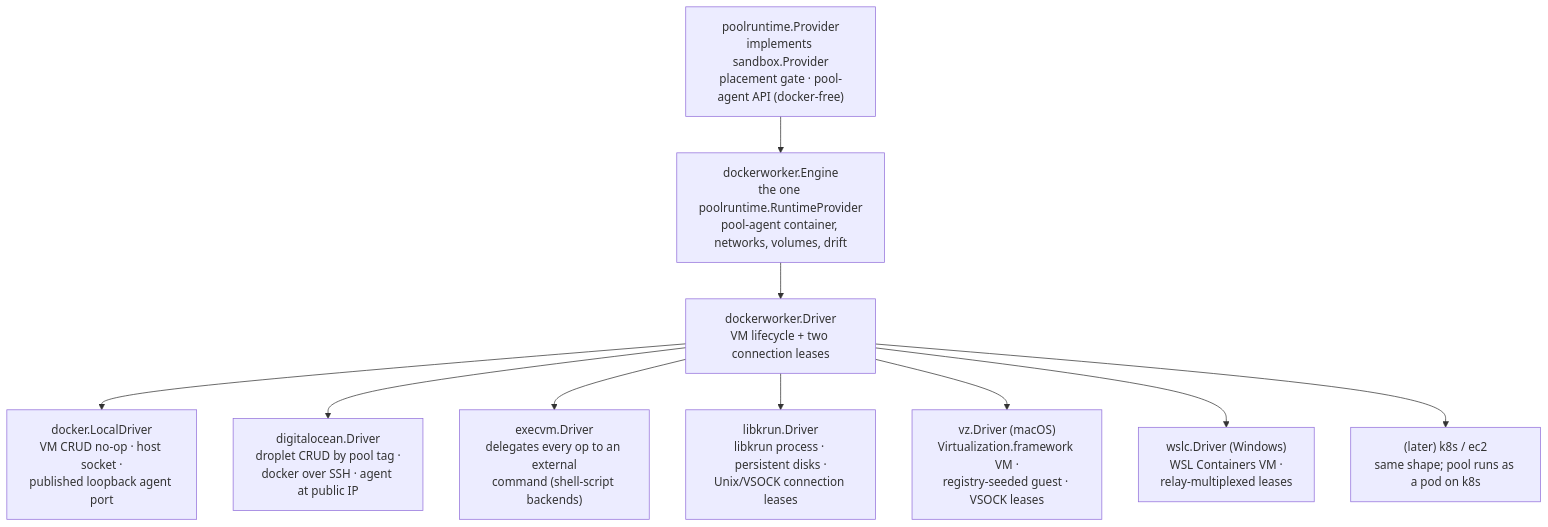
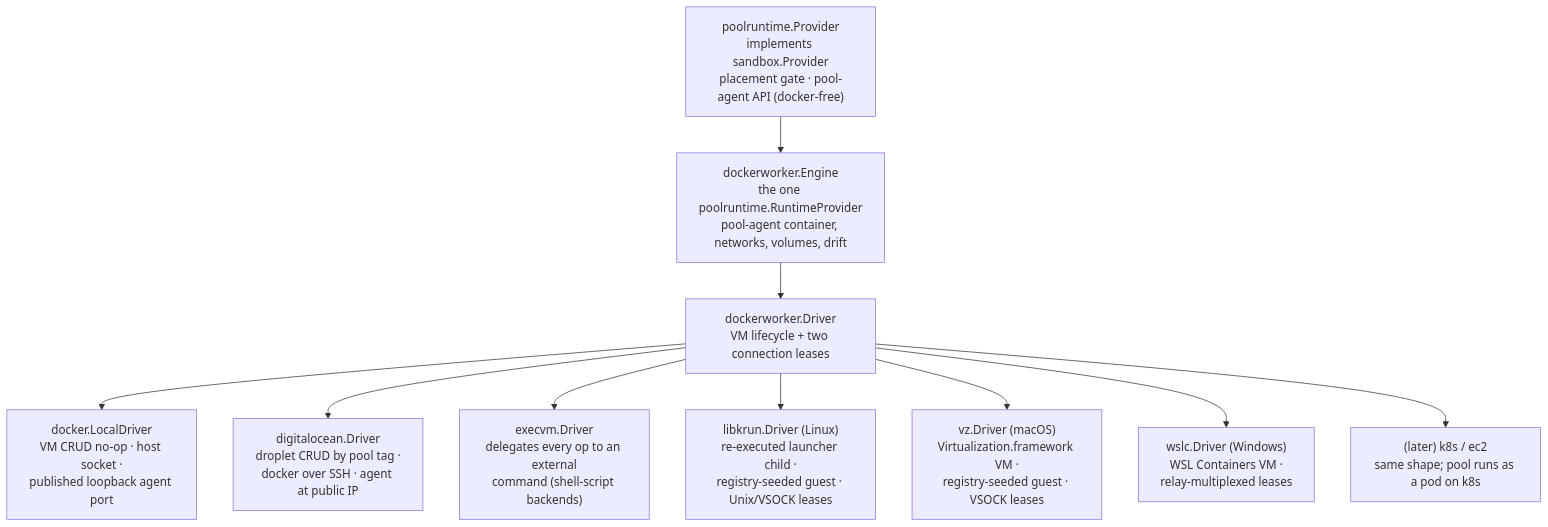
One commit to discobox-ai/discobox changed the diagram in server/providers/DESIGN.md. Above: the diagram before and after it, drawn with Mermaid. The commit also changed other lines of this file and 85 other files, not shown here.

````diff
--- a/server/providers/DESIGN.md
+++ b/server/providers/DESIGN.md
@@ -29,16 +29,16 @@
 ```mermaid
 flowchart TD
     pool["poolruntime.Provider\nimplements sandbox.Provider\nplacement gate · pool-agent API (docker-free)"]
     engine["dockerworker.Engine\nthe one poolruntime.RuntimeProvider\npool-agent container, networks, volumes, drift"]
     driver["dockerworker.Driver\nVM lifecycle + two connection leases"]
     local["docker.LocalDriver\nVM CRUD no-op · host socket ·\npublished loopback agent port"]
     do["digitalocean.Driver\ndroplet CRUD by pool tag ·\ndocker over SSH · agent at public IP"]
     execd["execvm.Driver\ndelegates every op to an external\ncommand (shell-script backends)"]
-    libkrun["libkrun.Driver\nlibkrun process · persistent disks ·\nUnix/VSOCK connection leases"]
+    libkrun["libkrun.Driver (Linux)\nre-executed launcher child ·\nregistry-seeded guest · Unix/VSOCK leases"]
     vz["vz.Driver (macOS)\nVirtualization.framework VM ·\nregistry-seeded guest · VSOCK leases"]
     wslc["wslc.Driver (Windows)\nWSL Containers VM ·\nrelay-multiplexed leases"]
     future["(later) k8s / ec2\nsame shape; pool runs as a pod on k8s"]
 
     pool --> engine --> driver
     driver --> local & do & execd & libkrun & vz & wslc & future
 ```
````
